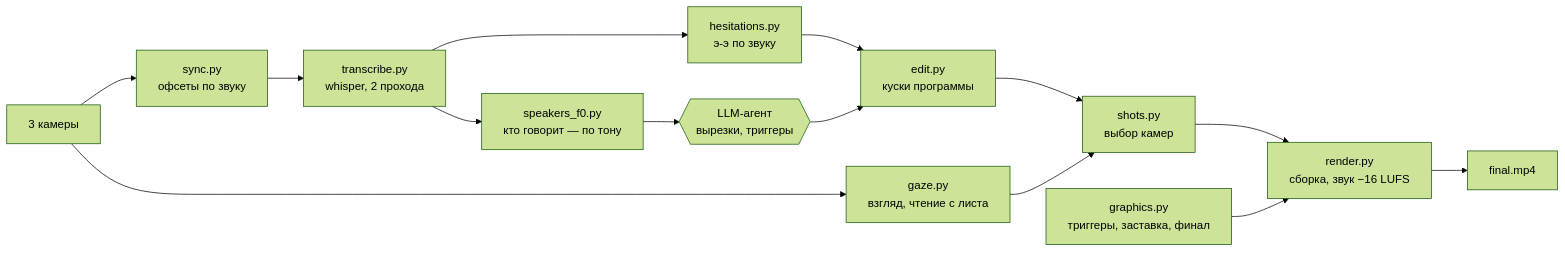
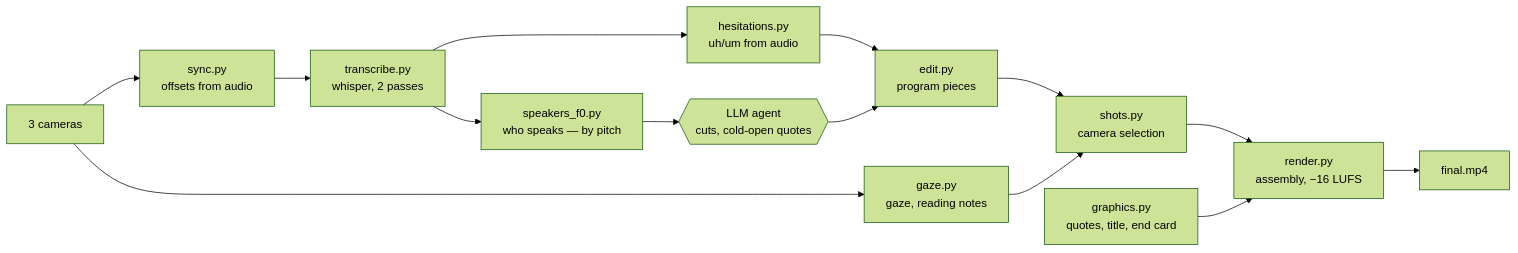
The diagram in README.md (OZGE-ai/montage-agent), drawn with Mermaid (forest theme) before and after one commit. The commit also changed other lines of this file and 5 other files, not shown here.

````diff
--- a/README.md
+++ b/README.md
@@ -29,16 +31,16 @@
 ```mermaid
 flowchart LR
-    S[3 камеры] --> SY[sync.py<br/>офсеты по звуку]
-    SY --> TR[transcribe.py<br/>whisper, 2 прохода]
-    TR --> SP[speakers_f0.py<br/>кто говорит — по тону]
-    S --> GZ[gaze.py<br/>взгляд, чтение с листа]
-    TR --> HS[hesitations.py<br/>э-э по звуку]
-    SP --> AG{{LLM-агент<br/>вырезки, триггеры}}
-    HS --> ED[edit.py<br/>куски программы]
+    S[3 cameras] --> SY[sync.py<br/>offsets from audio]
+    SY --> TR[transcribe.py<br/>whisper, 2 passes]
+    TR --> SP[speakers_f0.py<br/>who speaks — by pitch]
+    S --> GZ[gaze.py<br/>gaze, reading notes]
+    TR --> HS[hesitations.py<br/>uh/um from audio]
+    SP --> AG{{LLM agent<br/>cuts, cold-open quotes}}
+    HS --> ED[edit.py<br/>program pieces]
     AG --> ED
-    ED --> SH[shots.py<br/>выбор камер]
+    ED --> SH[shots.py<br/>camera selection]
     GZ --> SH
-    SH --> RN[render.py<br/>сборка, звук −16 LUFS]
-    GR[graphics.py<br/>триггеры, заставка, финал] --> RN
+    SH --> RN[render.py<br/>assembly, −16 LUFS]
+    GR[graphics.py<br/>quotes, title, end card] --> RN
     RN --> F[final.mp4]
 ```
````
